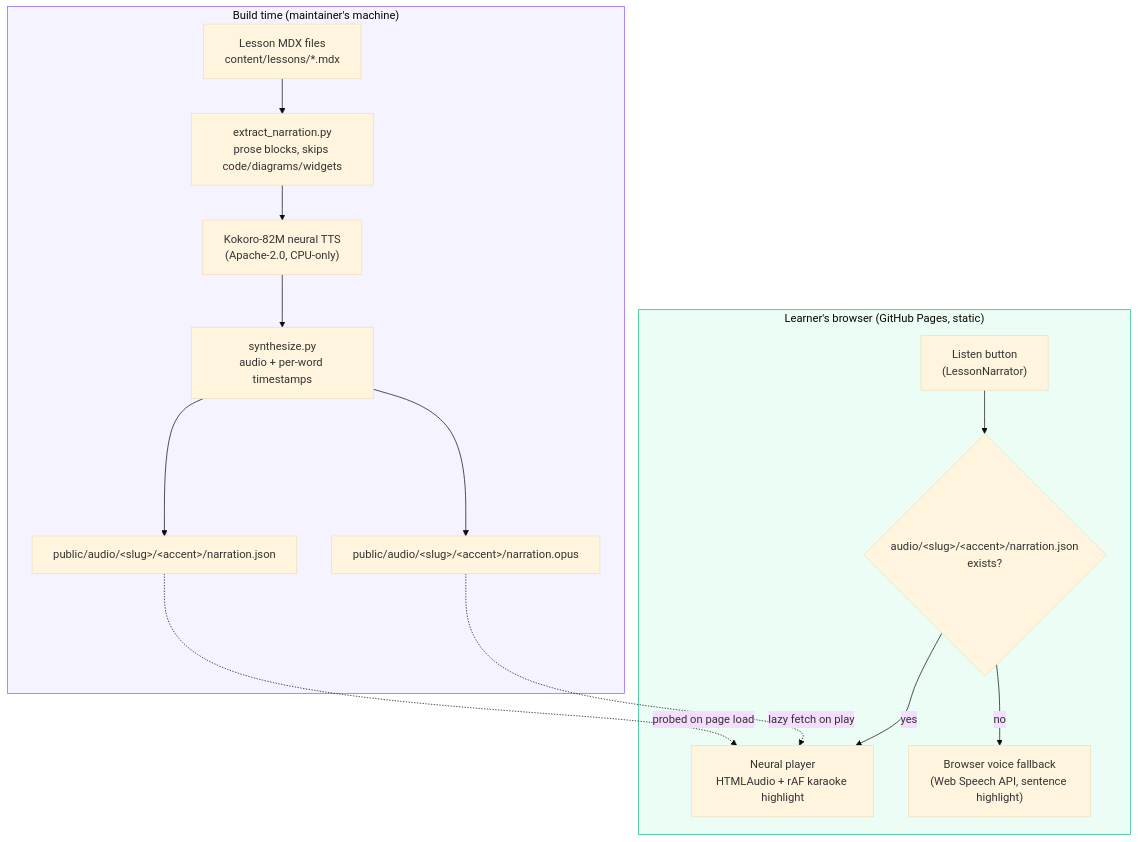
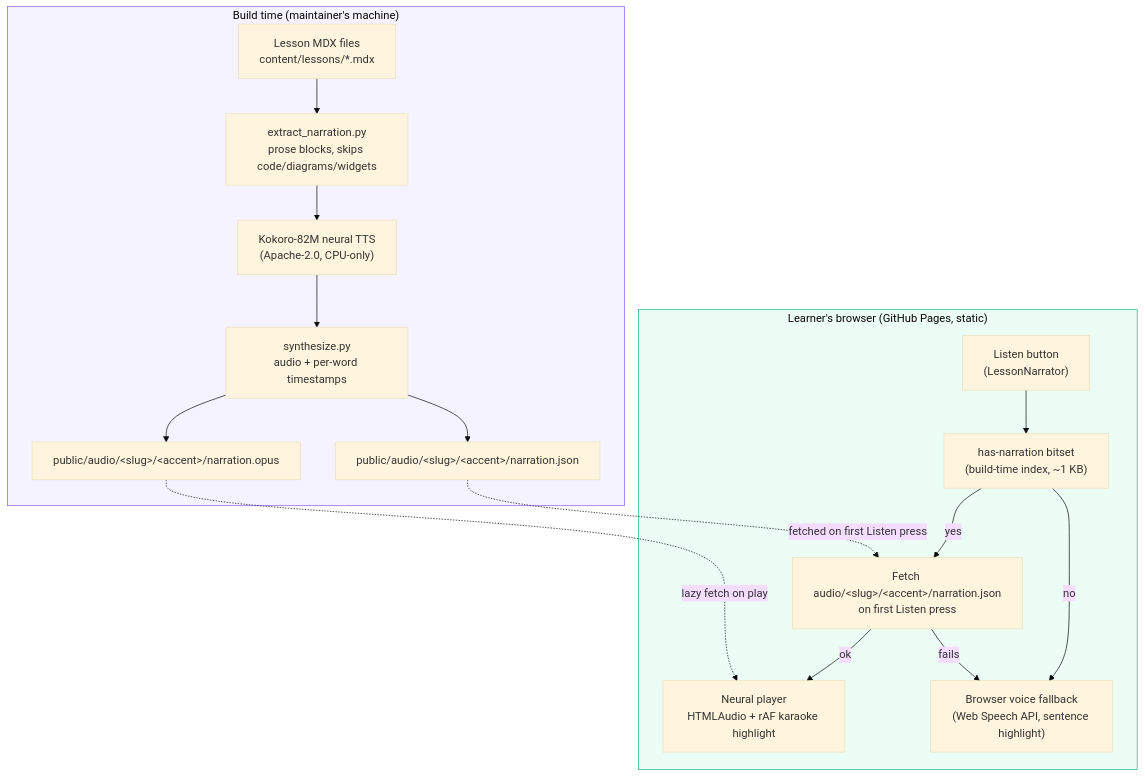
Before and after one commit to veeresh-bikkaneti/system-design-and-architecture: the diagram in docs/listen-natural-tts.md, drawn with Mermaid (base theme). The commit also changed other lines of this file and 9 other files, not shown here.

First line of the commit message:
perf(tts): lazy narration manifest probe + build-time has-narration bitset

````diff
--- a/docs/listen-natural-tts.md
+++ b/docs/listen-natural-tts.md
@@ -9,27 +9,30 @@
 ```mermaid
 flowchart TB
     subgraph BUILD["Build time (maintainer's machine)"]
         MDX["Lesson MDX files<br/>content/lessons/*.mdx"]
         EXT["extract_narration.py<br/>prose blocks, skips code/diagrams/widgets"]
         KOK["Kokoro-82M neural TTS<br/>(Apache-2.0, CPU-only)"]
         SYN["synthesize.py<br/>audio + per-word timestamps"]
         MDX --> EXT --> KOK --> SYN
         SYN --> OPUS["public/audio/&lt;slug&gt;/&lt;accent&gt;/narration.opus"]
         SYN --> JSON["public/audio/&lt;slug&gt;/&lt;accent&gt;/narration.json"]
     end
 
     subgraph SITE["Learner's browser (GitHub Pages, static)"]
         BTN["Listen button<br/>(LessonNarrator)"]
-        PROBE{"audio/&lt;slug&gt;/&lt;accent&gt;/narration.json<br/>exists?"}
+        INDEX["has-narration bitset<br/>(build-time index, ~1 KB)"]
+        FETCH["Fetch audio/&lt;slug&gt;/&lt;accent&gt;/narration.json<br/>on first Listen press"]
         PLAYER["Neural player<br/>HTMLAudio + rAF karaoke highlight"]
         FALLBACK["Browser voice fallback<br/>(Web Speech API, sentence highlight)"]
-        BTN --> PROBE
-        PROBE -->|yes| PLAYER
-        PROBE -->|no| FALLBACK
+        BTN --> INDEX
+        INDEX -->|yes| FETCH
+        INDEX -->|no| FALLBACK
+        FETCH -->|ok| PLAYER
+        FETCH -->|fails| FALLBACK
         OPUS -.->|lazy fetch on play| PLAYER
-        JSON -.->|probed on page load| PLAYER
+        JSON -.->|fetched on first Listen press| FETCH
     end
 
     style BUILD fill:#f5f3ff,stroke:#8b5cf6
     style SITE fill:#ecfdf5,stroke:#10b981
 ```
````
